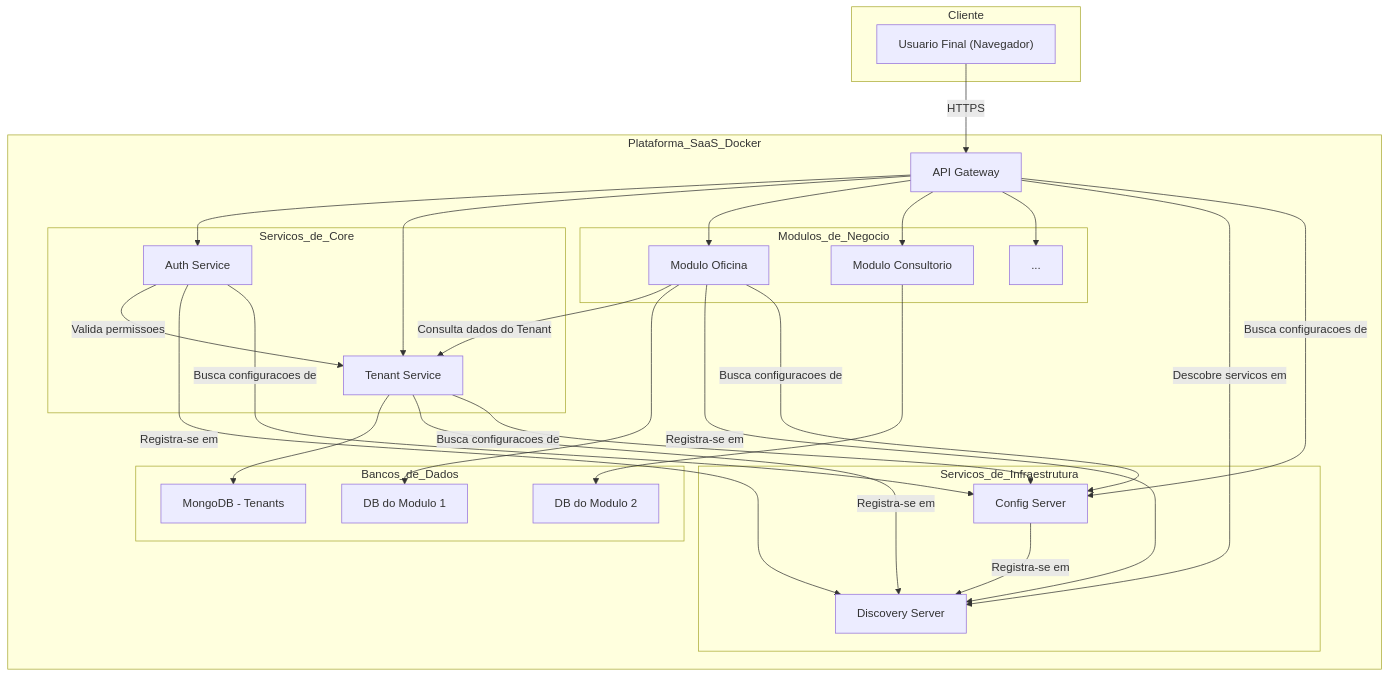
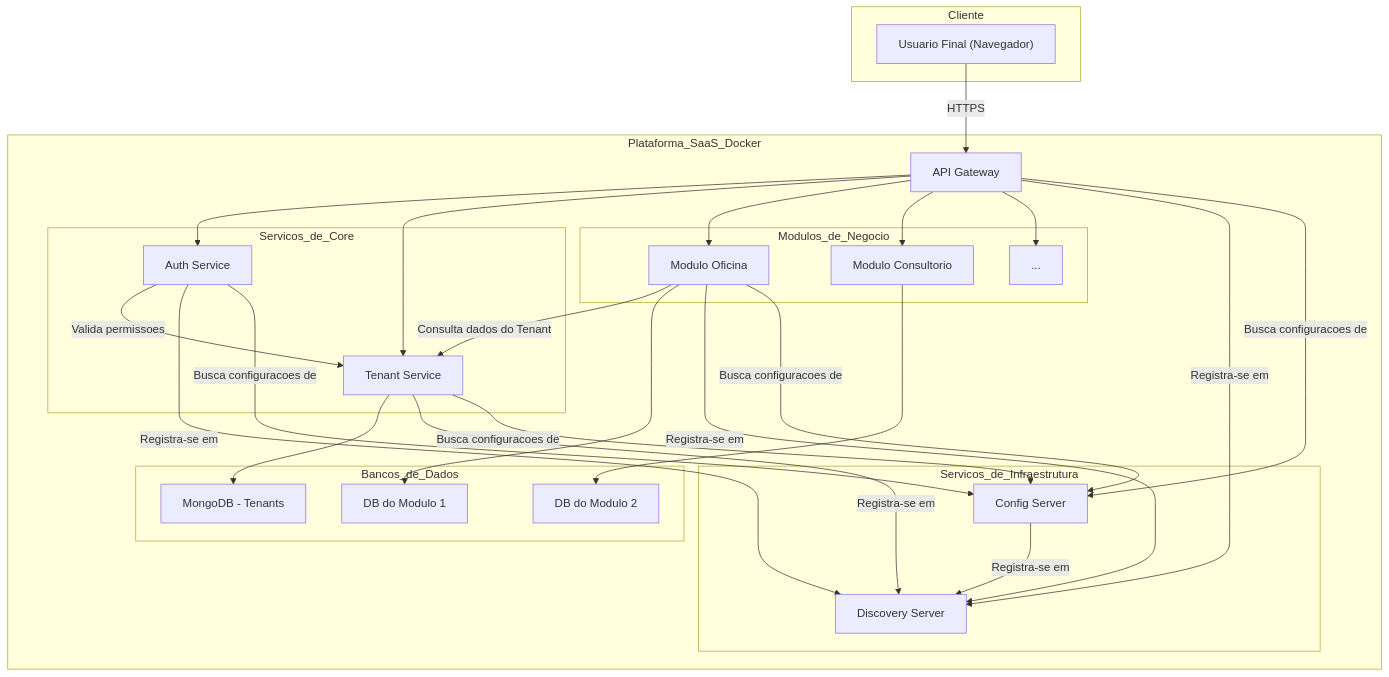
The diagram in README.md (Augusto-Lucas-Sistemas/plataforma), drawn with Mermaid before and after one commit. The commit also changed other lines of this file and 16 other files, not shown here.

````diff
--- a/README.md
+++ b/README.md
@@ -25,59 +25,59 @@
 ```mermaid
 graph TD
     subgraph Cliente
         U["Usuario Final (Navegador)"]
     end
 
     subgraph Plataforma_SaaS_Docker
         G["API Gateway"]
 
         subgraph Servicos_de_Core
             AS["Auth Service"]
             TS["Tenant Service"]
         end
 
         subgraph Modulos_de_Negocio
             M1["Modulo Oficina"]
             M2["Modulo Consultorio"]
             M3["..."]
         end
 
         subgraph Servicos_de_Infraestrutura
             DS["Discovery Server"]
             CS["Config Server"]
         end
 
         subgraph Bancos_de_Dados
             DB_TS["MongoDB - Tenants"]
             DB_M1["DB do Modulo 1"]
             DB_M2["DB do Modulo 2"]
         end
     end
 
     %% Conexoes
     U -- HTTPS --> G
 
     G --> AS
     G --> TS
     G --> M1
     G --> M2
     G --> M3
 
     AS -- "Valida permissoes" --> TS
     M1 -- "Consulta dados do Tenant" --> TS
 
     TS --> DB_TS
     M1 --> DB_M1
     M2 --> DB_M2
 
     AS -- "Registra-se em" --> DS
     TS -- "Registra-se em" --> DS
     M1 -- "Registra-se em" --> DS
-    G -- "Descobre servicos em" --> DS
+    G -- "Registra-se em" --> DS
     CS -- "Registra-se em" --> DS
 
     AS -- "Busca configuracoes de" --> CS
     TS -- "Busca configuracoes de" --> CS
     M1 -- "Busca configuracoes de" --> CS
     G -- "Busca configuracoes de" --> CS
 ```
````
